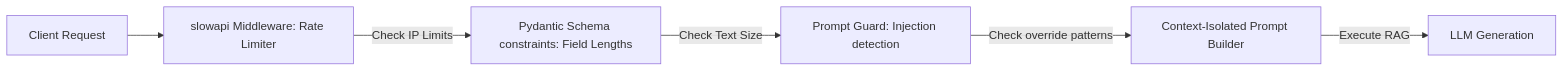
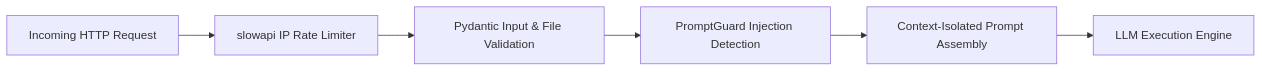
One commit to Santhosh-p653/rag-multimodal-assistant changed the seventh of 7 diagrams in architecture.md. Above: the diagram before and after it, drawn with Mermaid. The commit also changed other lines of this file and 2 other files, not shown here.

````diff
--- a/architecture.md
+++ b/architecture.md
@@ -193,8 +346,8 @@
 ```mermaid
 graph LR
-    A[Client Request] --> B[slowapi Middleware: Rate Limiter]
-    B -->|Check IP Limits| C[Pydantic Schema constraints: Field Lengths]
-    C -->|Check Text Size| D[Prompt Guard: Injection detection]
-    D -->|Check override patterns| E[Context-Isolated Prompt Builder]
-    E -->|Execute RAG| F[LLM Generation]
+    ClientReq[Incoming HTTP Request] --> SlowAPI[slowapi IP Rate Limiter]
+    SlowAPI --> PydanticValidation[Pydantic Input & File Validation]
+    PydanticValidation --> PromptGuard[PromptGuard Injection Detection]
+    PromptGuard --> ContextIsolation[Context-Isolated Prompt Assembly]
+    ContextIsolation --> ExecLLM[LLM Execution Engine]
 ```
````
